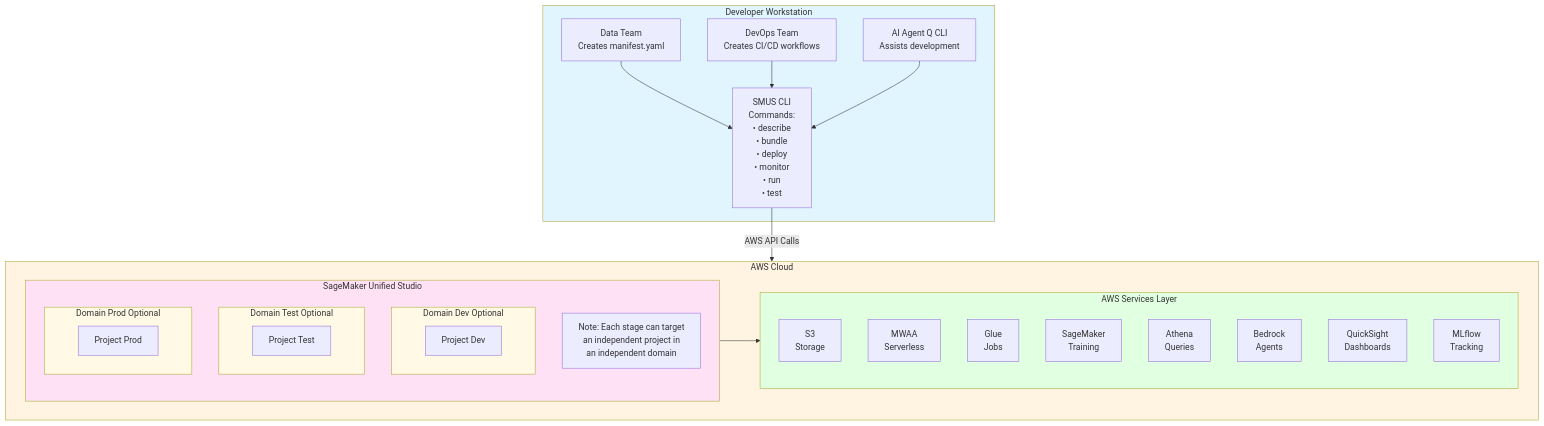
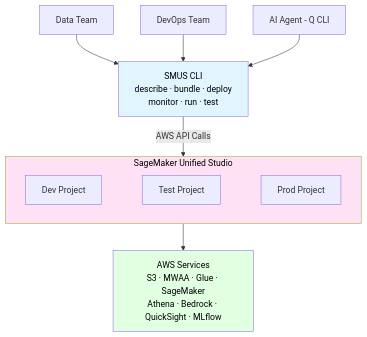
Before and after one commit to vasu2856/CICD-for-SageMakerUnifiedStudio-public: the second of 11 diagrams in docs/architecture.md, drawn with Mermaid. The commit also changed other lines of this file and 24 other files, not shown here.

````diff
--- a/docs/architecture.md
+++ b/docs/architecture.md
@@ -75,55 +75,22 @@
 ```mermaid
-graph TB
-    subgraph DevWorkstation[Developer Workstation]
-        DataTeam[Data Team<br/>Creates manifest.yaml]
-        DevOpsTeam[DevOps Team<br/>Creates CI/CD workflows]
-        AIAgent[AI Agent Q CLI<br/>Assists development]
-        
-        DataTeam --> CLI
-        DevOpsTeam --> CLI
-        AIAgent --> CLI
-        
-        CLI[SMUS CLI<br/>Commands:<br/>• describe<br/>• bundle<br/>• deploy<br/>• monitor<br/>• run<br/>• test]
+graph TD
+    DataTeam[Data Team] --> CLI
+    DevOpsTeam[DevOps Team] --> CLI
+    AIAgent[AI Agent - Q CLI] --> CLI
+    CLI[SMUS CLI<br/>describe · bundle · deploy<br/>monitor · run · test]
+
+    CLI -->|AWS API Calls| SMUS
+
+    subgraph SMUS[SageMaker Unified Studio]
+        direction LR
+        ProjectDev[Dev Project] ~~~ ProjectTest[Test Project] ~~~ ProjectProd[Prod Project]
     end
-    
-    CLI -->|AWS API Calls| AWSCloud
-    
-    subgraph AWSCloud[AWS Cloud]
-        subgraph SMUS[SageMaker Unified Studio]
-            subgraph DomainDev[Domain Dev Optional]
-                ProjectDev[Project Dev]
-            end
-            
-            subgraph DomainTest[Domain Test Optional]
-                ProjectTest[Project Test]
-            end
-            
-            subgraph DomainProd[Domain Prod Optional]
-                ProjectProd[Project Prod]
-            end
-            
-            Note[Note: Each stage can target<br/>an independent project in<br/>an independent domain]
-        end
-        
-        SMUS --> AWSServices
-        
-        subgraph AWSServices[AWS Services Layer]
-            S3[S3<br/>Storage]
-            MWAA[MWAA<br/>Serverless]
-            Glue[Glue<br/>Jobs]
-            SageMaker[SageMaker<br/>Training]
-            Athena[Athena<br/>Queries]
-            Bedrock[Bedrock<br/>Agents]
-            QuickSight[QuickSight<br/>Dashboards]
-            MLflow[MLflow<br/>Tracking]
-        end
-    end
-    
-    style DevWorkstation fill:#e1f5ff
-    style AWSCloud fill:#fff4e1
-    style SMUS fill:#ffe1f5
-    style AWSServices fill:#e1ffe1
-    style DomainDev fill:#fff9e6
-    style DomainTest fill:#fff9e6
-    style DomainProd fill:#fff9e6
+
+    SMUS --> AWSServices
+
+    AWSServices[AWS Services<br/>S3 · MWAA · Glue · SageMaker<br/>Athena · Bedrock · QuickSight · MLflow]
+
+    style CLI fill:#e1f5ff,color:#000,font-weight:normal
+    style SMUS fill:#ffe1f5,color:#000,font-weight:normal
+    style AWSServices fill:#e1ffe1,color:#000,font-weight:normal
 ```
````
